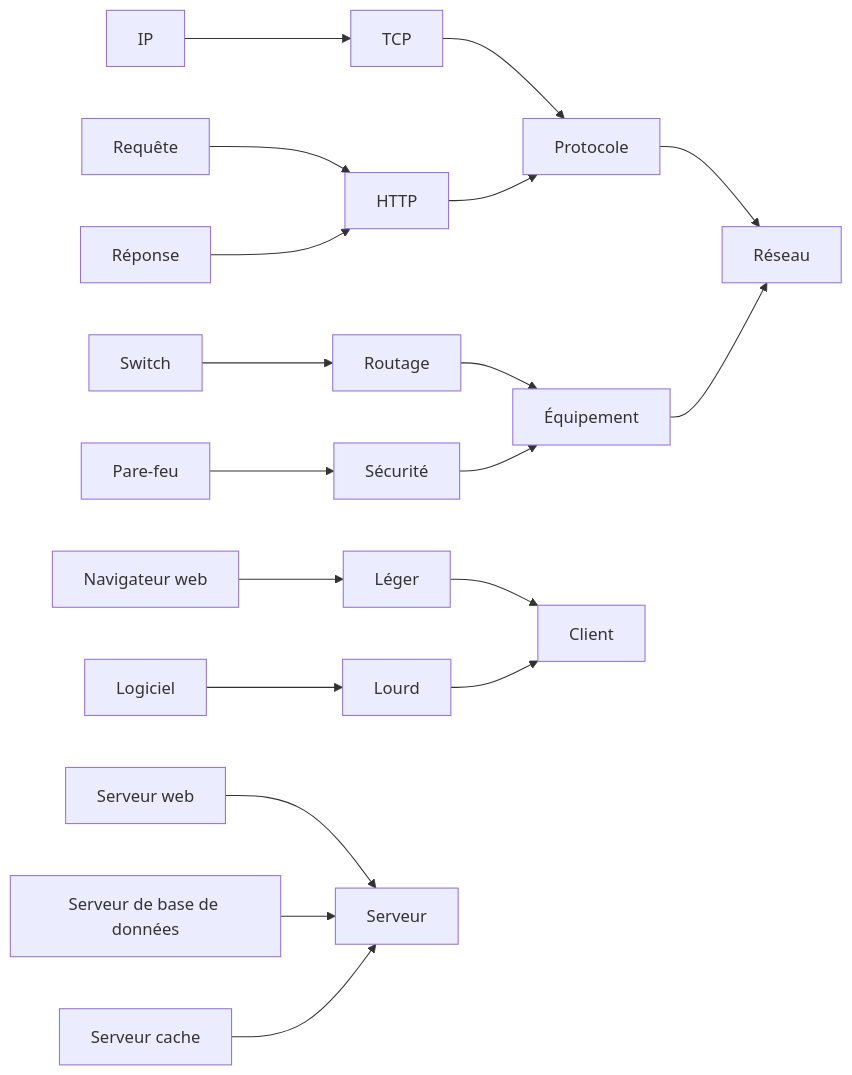
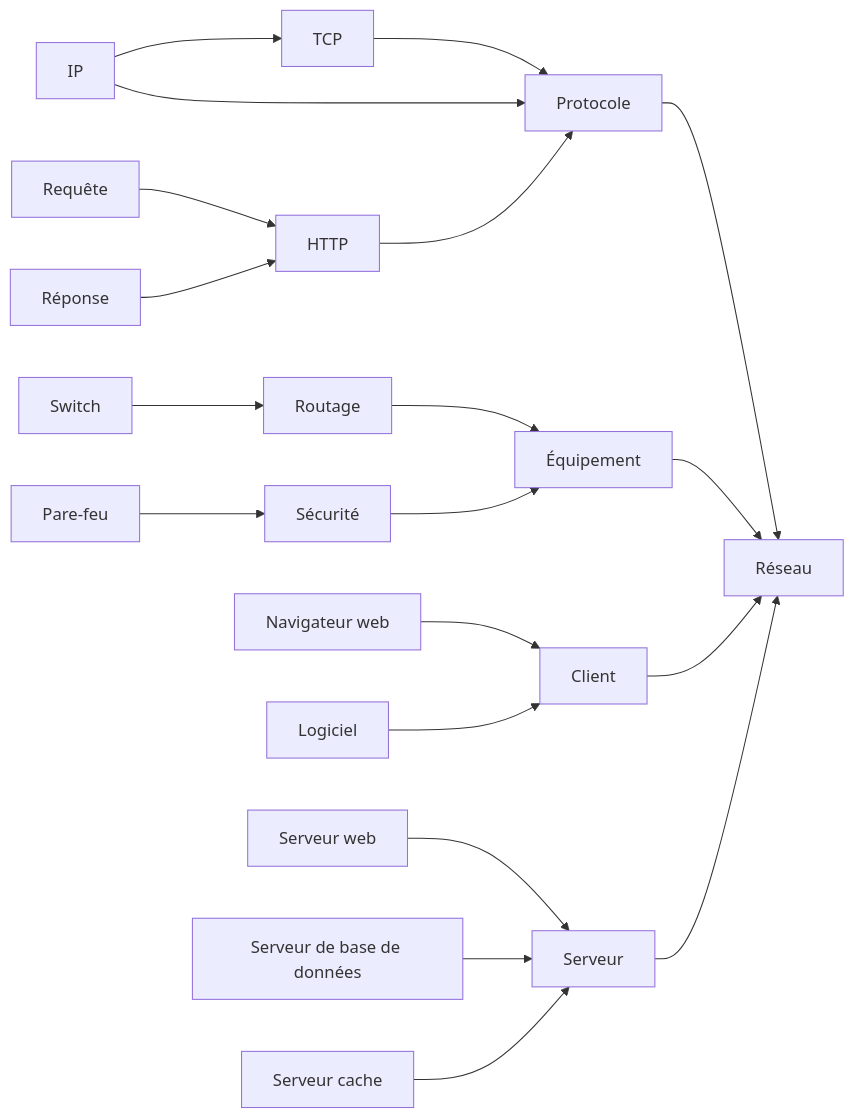
The diagram in markdown/mermaid_v1.md (LavederMark-Ylann/SEC201), drawn with Mermaid before and after one commit. The commit also changed 8 other files, not shown here.

````diff
--- a/markdown/mermaid_v1.md
+++ b/markdown/mermaid_v1.md
@@ -1,25 +1,26 @@
 ```mermaid
 graph LR
     Protocole --> Réseau
     TCP --> Protocole
     IP --> TCP
+    IP --> Protocole
     HTTP --> Protocole
     Requête --> HTTP
     Réponse --> HTTP
 
     Équipement --> Réseau
     Routage --> Équipement
     Switch --> Routage
     Sécurité --> Équipement
     Pare-feu --> Sécurité
 
-    Léger --> Client
-    Navigateur[Navigateur web] --> Léger
-    Lourd --> Client
-    Logiciel --> Lourd
+    Navigateur[Navigateur web] --> Client
+    Logiciel --> Client
+    Client --> Réseau
 
     Frontal[Serveur web] --> Serveur
     BDD[Serveur de base de données] --> Serveur
     Cache[Serveur cache] --> Serveur
+    Serveur --> Réseau
 
 ```
````
